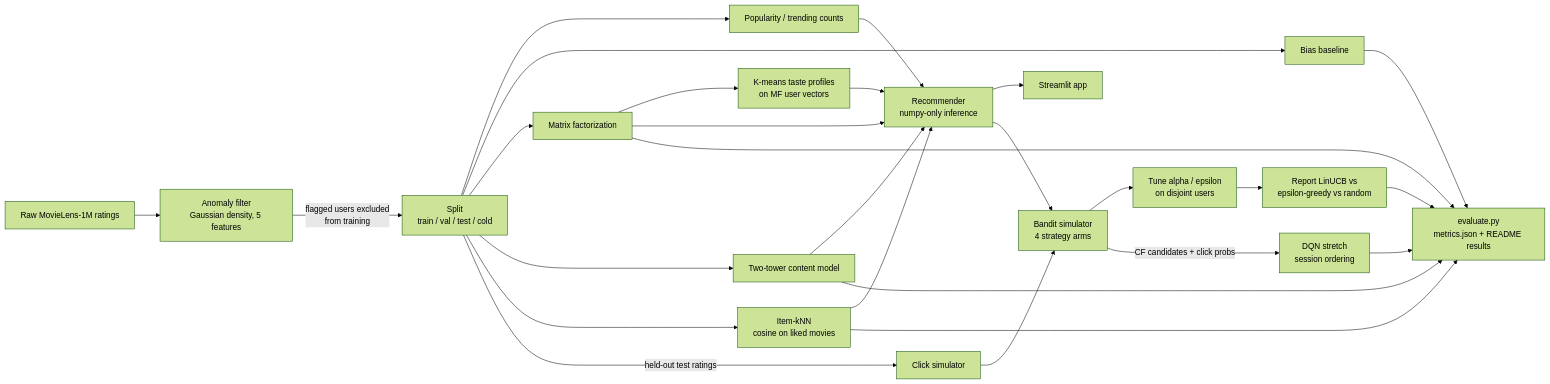
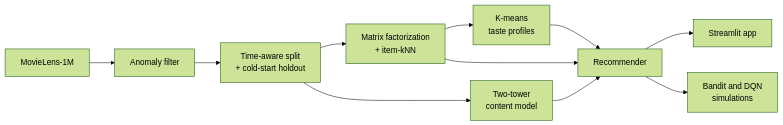
One commit to fatemeabedii/cinematch changed the diagram in README.md. Above: the diagram before and after it, drawn with Mermaid (forest theme). The commit also changed other lines of this file and 4 other files, not shown here.

````diff
--- a/README.md
+++ b/README.md
@@ -42,29 +22,13 @@
 ```mermaid
 flowchart LR
-    A[Raw MovieLens-1M ratings] --> B[Anomaly filter<br/>Gaussian density, 5 features]
-    B -->|flagged users excluded<br/>from training| C[Split<br/>train / val / test / cold]
-    C --> D0[Popularity / trending counts]
-    C --> D1[Bias baseline]
-    C --> D2[Matrix factorization]
-    C --> D3[Two-tower content model]
-    C --> D4[Item-kNN<br/>cosine on liked movies]
-    D2 --> E[K-means taste profiles<br/>on MF user vectors]
-    D0 --> F[Recommender<br/>numpy-only inference]
-    D2 --> F
-    D3 --> F
-    D4 --> F
-    E --> F
-    F --> G[Streamlit app]
-    F --> H[Bandit simulator<br/>4 strategy arms]
-    C -->|held-out test ratings| I[Click simulator]
-    I --> H
-    H --> T[Tune alpha / epsilon<br/>on disjoint users]
-    T --> R[Report LinUCB vs<br/>epsilon-greedy vs random]
-    H -->|CF candidates + click probs| Q[DQN stretch<br/>session ordering]
-    D1 --> V[evaluate.py<br/>metrics.json + README results]
-    D2 --> V
-    D3 --> V
-    D4 --> V
-    R --> V
-    Q --> V
+    A[MovieLens-1M] --> B[Anomaly filter]
+    B --> C[Time-aware split<br/>+ cold-start holdout]
+    C --> D[Matrix factorization<br/>+ item-kNN]
+    C --> E[Two-tower<br/>content model]
+    D --> F[K-means<br/>taste profiles]
+    D --> G[Recommender]
+    E --> G
+    F --> G
+    G --> H[Streamlit app]
+    G --> I[Bandit and DQN<br/>simulations]
 ```
````
